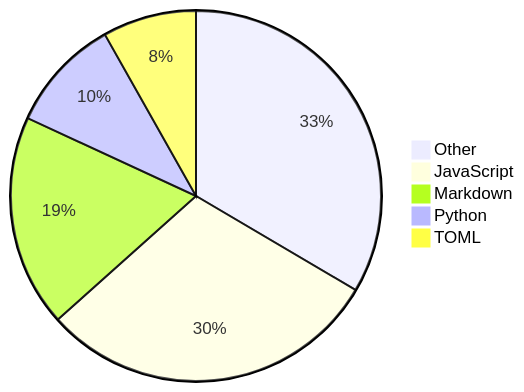
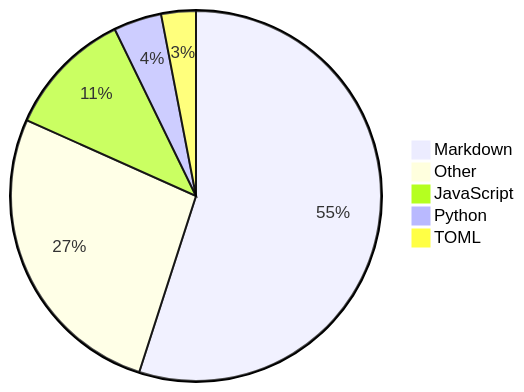
One commit to Alicia111/alicia111 changed the diagram in README.md. Above: the diagram before and after it, drawn with Mermaid.

Commit message:
Update WakaTime stats (・ω・)b

````diff
--- a/README.md
+++ b/README.md
@@ -32,8 +32,8 @@
 ```mermaid
 pie
-    "Other" : 30.54
-    "JavaScript" : 27.3
-    "Markdown" : 16.89
-    "Python" : 9.06
-    "TOML" : 7.46
+    "Markdown" : 52.71
+    "Other" : 25.64
+    "JavaScript" : 10.63
+    "Python" : 4.02
+    "TOML" : 2.9
 ```
````
